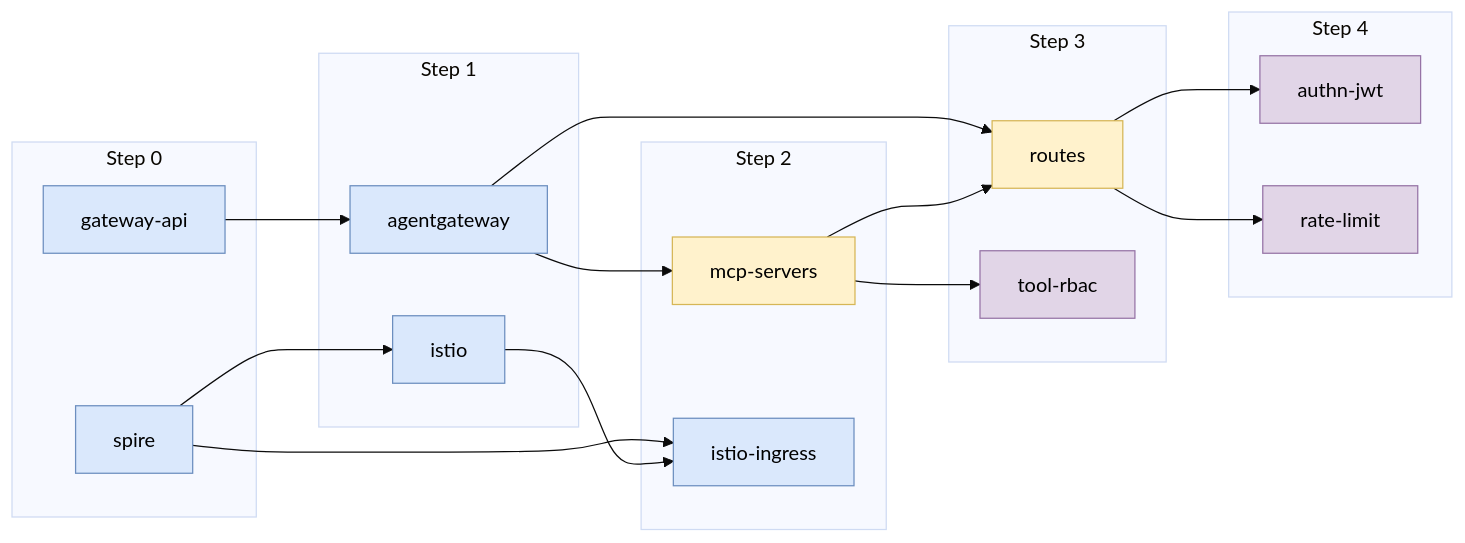
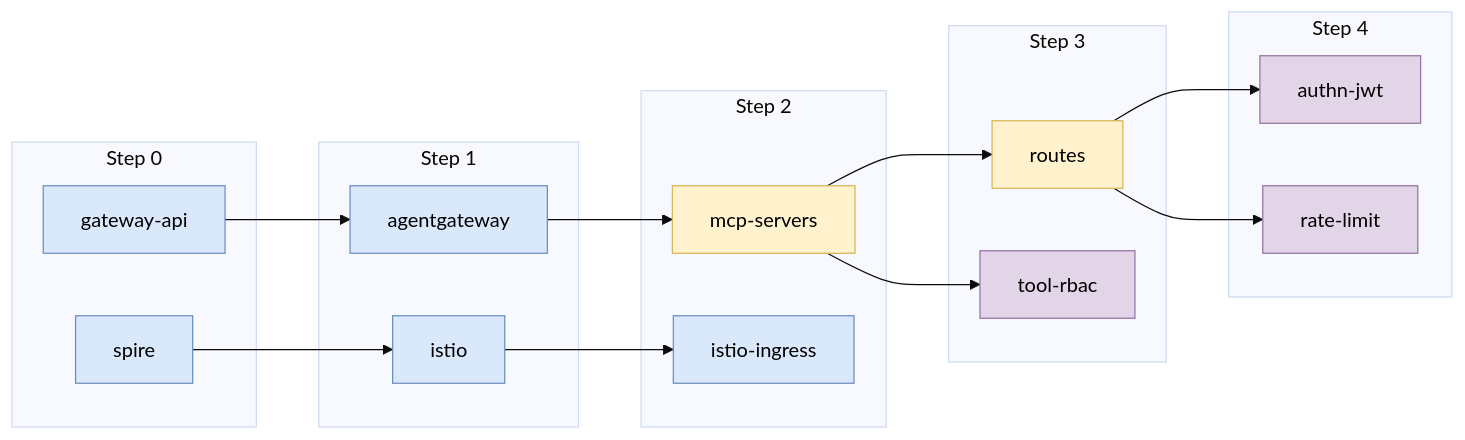
Before and after one commit to raghav19/engineersdaybook: the third of 4 diagrams in code/mcp-sandbox/part-3-mcp-guardrails/docs/orchestration.md, drawn with Mermaid (base theme). The commit also changed other lines of this file and 2 other files, not shown here.

Commit message:
Simplify the orchestration diagram
Draw only the dependsOn arrows that the chain does not already imply, so every arrow joins neighbouring steps and no arrow jumps over a unit. Use rounded elbow arrows, centre the text, and use plain file names. The mermaid graph and a note in orchestration.md agree.

````diff
--- a/code/mcp-sandbox/part-3-mcp-guardrails/docs/orchestration.md
+++ b/code/mcp-sandbox/part-3-mcp-guardrails/docs/orchestration.md
@@ -115,39 +115,37 @@
 ```mermaid
 flowchart LR
   subgraph s0["Step 0"]
     gwapi["gateway-api"]
     spire["spire"]
   end
   subgraph s1["Step 1"]
     agw["agentgateway"]
     istio["istio"]
   end
   subgraph s2["Step 2"]
     mcp["mcp-servers"]
     ingress["istio-ingress"]
   end
   subgraph s3["Step 3"]
     routes["routes"]
     rbac["tool-rbac"]
   end
   subgraph s4["Step 4"]
     jwt["authn-jwt"]
     rate["rate-limit"]
   end
   gwapi --> agw
   spire --> istio
-  spire --> ingress
   istio --> ingress
   agw --> mcp
-  agw --> routes
   mcp --> routes
   mcp --> rbac
   routes --> jwt
   routes --> rate
   classDef addon fill:#dae8fc,stroke:#6c8ebf,color:#000
   classDef traffic fill:#fff2cc,stroke:#d6b656,color:#000
   classDef policy fill:#e1d5e7,stroke:#9673a6,color:#000
   class gwapi,spire,agw,istio,ingress addon
   class mcp,routes traffic
   class rbac,jwt,rate policy
 ```
````
